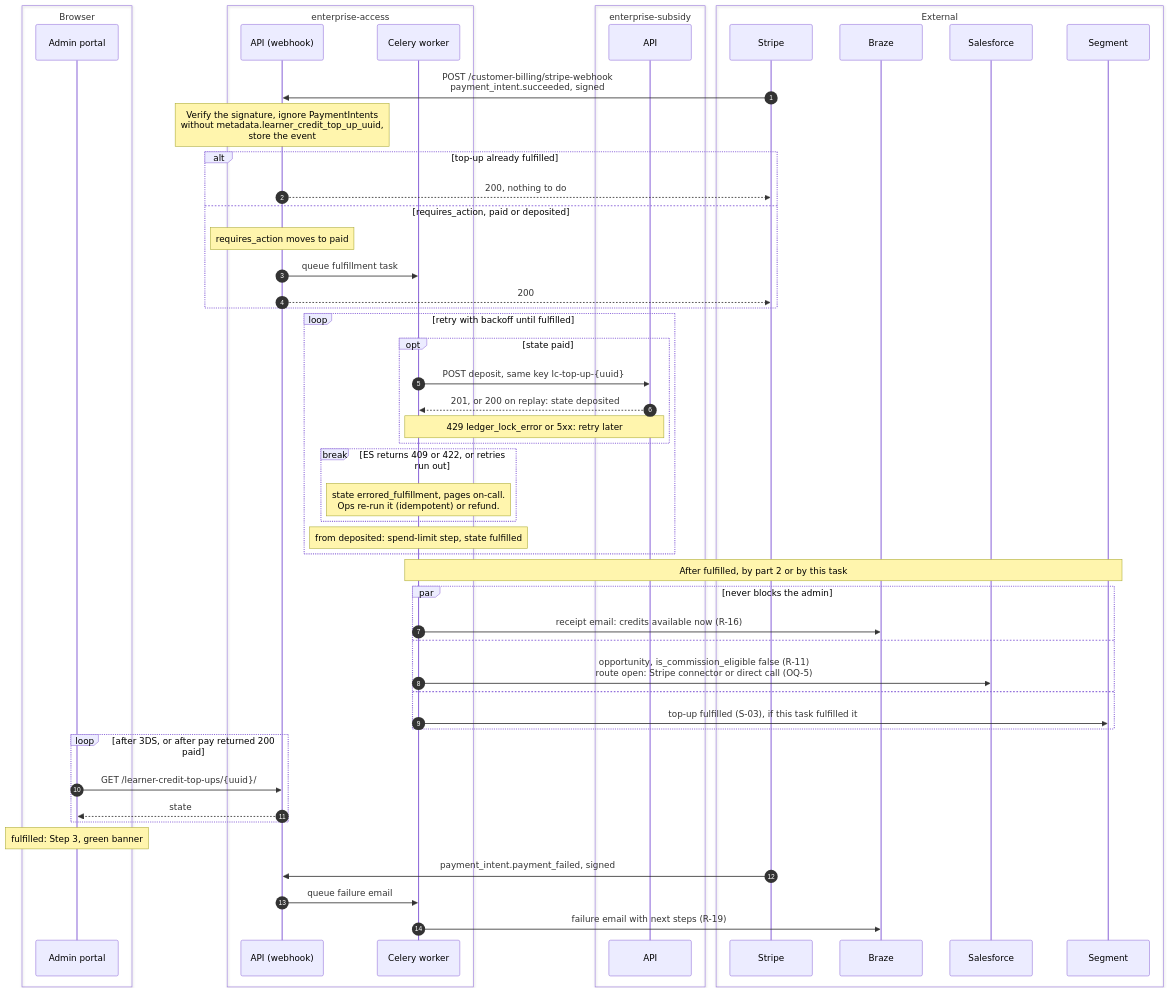
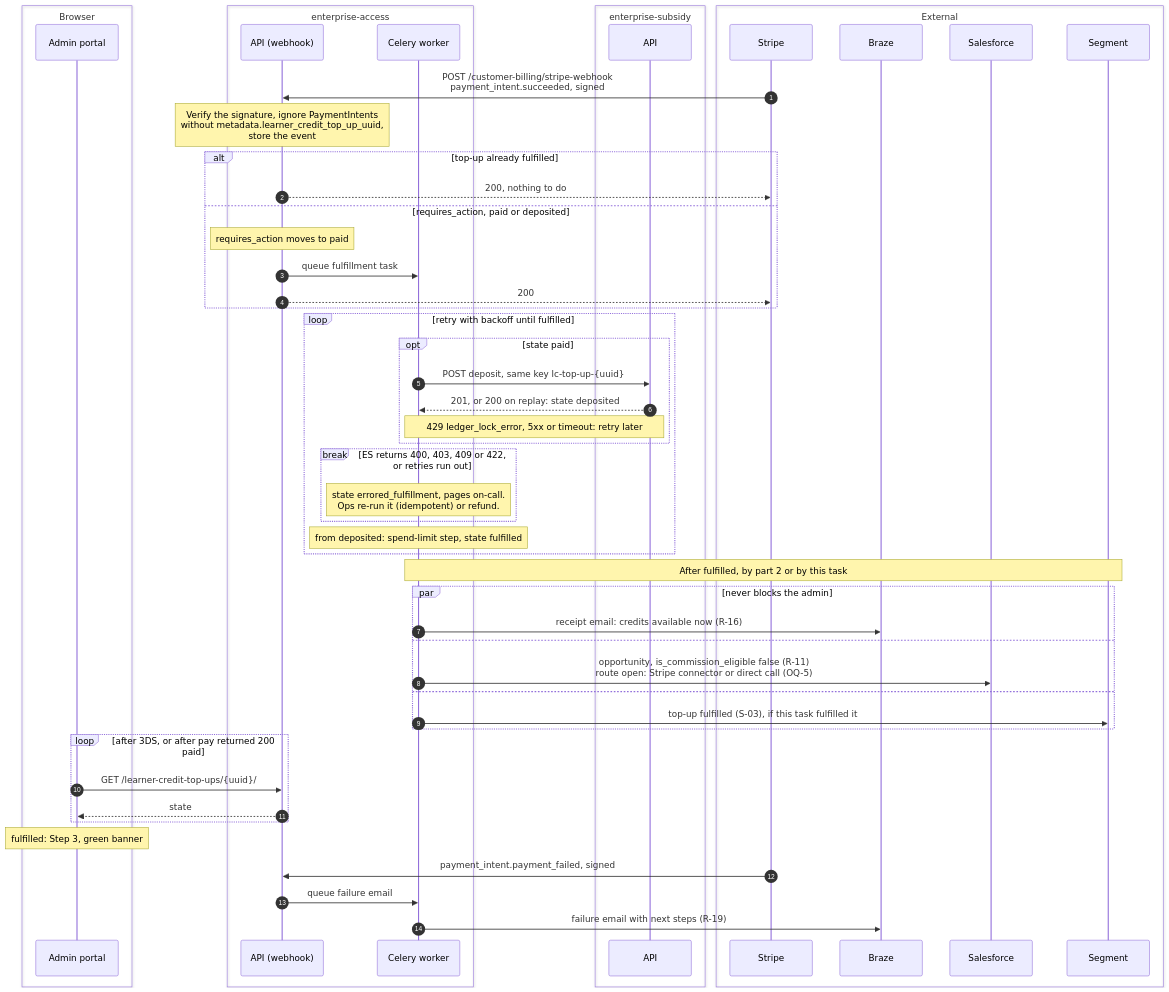
One commit to edx/enterprise-access changed the fifth of 5 diagrams in docs/plans/tech-spec.md. Above: the diagram before and after it, drawn with Mermaid. The commit also changed other lines of this file and 1 other file, not shown here.

````diff
--- a/docs/plans/tech-spec.md
+++ b/docs/plans/tech-spec.md
@@ -983,61 +1028,61 @@
 ```mermaid
 sequenceDiagram
     autonumber
     box Browser
         participant AP as Admin portal
     end
     box enterprise-access
         participant EA as API (webhook)
         participant W as Celery worker
     end
     box enterprise-subsidy
         participant ES as API
     end
     box External
         participant ST as Stripe
         participant BR as Braze
         participant SF as Salesforce
         participant SG as Segment
     end
 
     ST->>EA: POST /customer-billing/stripe-webhook<br/>payment_intent.succeeded, signed
     Note over EA: Verify the signature, ignore PaymentIntents<br/>without metadata.learner_credit_top_up_uuid,<br/>store the event
     alt top-up already fulfilled
         EA-->>ST: 200, nothing to do
     else requires_action, paid or deposited
         Note over EA: requires_action moves to paid
         EA->>W: queue fulfillment task
         EA-->>ST: 200
     end
 
     loop retry with backoff until fulfilled
         opt state paid
             W->>ES: POST deposit, same key lc-top-up-{uuid}
             ES-->>W: 201, or 200 on replay: state deposited
-            Note over W,ES: 429 ledger_lock_error or 5xx: retry later
+            Note over W,ES: 429 ledger_lock_error, 5xx or timeout: retry later
         end
-        break ES returns 409 or 422, or retries run out
+        break ES returns 400, 403, 409 or 422, or retries run out
             Note over W: state errored_fulfillment, pages on-call.<br/>Ops re-run it (idempotent) or refund.
         end
         Note over W: from deposited: spend-limit step, state fulfilled
     end
 
     Note over W,SG: After fulfilled, by part 2 or by this task
     par never blocks the admin
         W->>BR: receipt email: credits available now (R-16)
     and
         W->>SF: opportunity, is_commission_eligible false (R-11)<br/>route open: Stripe connector or direct call (OQ-5)
     and
         W->>SG: top-up fulfilled (S-03), if this task fulfilled it
     end
 
     loop after 3DS, or after pay returned 200 paid
         AP->>EA: GET /learner-credit-top-ups/{uuid}/
         EA-->>AP: state
     end
     Note over AP: fulfilled: Step 3, green banner
 
     ST->>EA: payment_intent.payment_failed, signed
     EA->>W: queue failure email
     W->>BR: failure email with next steps (R-19)
 ```
````
